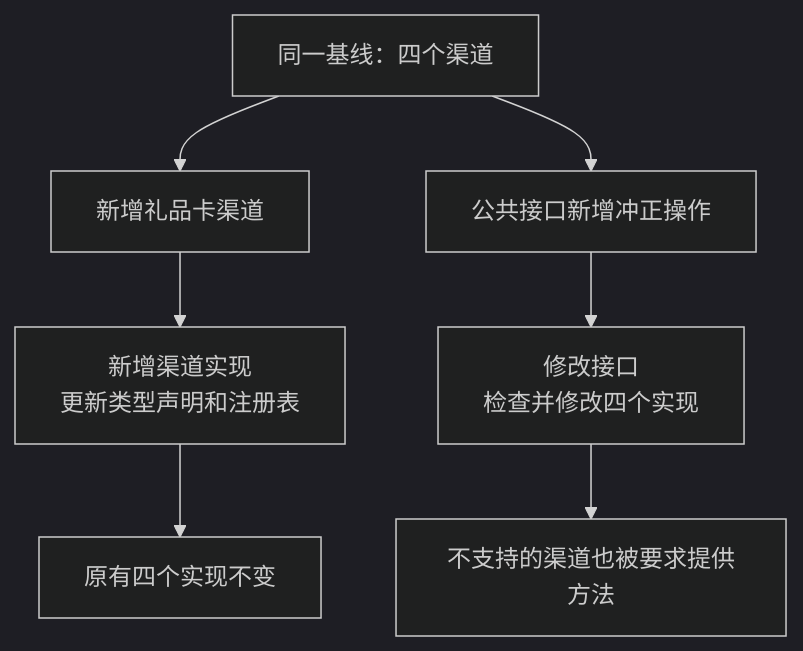
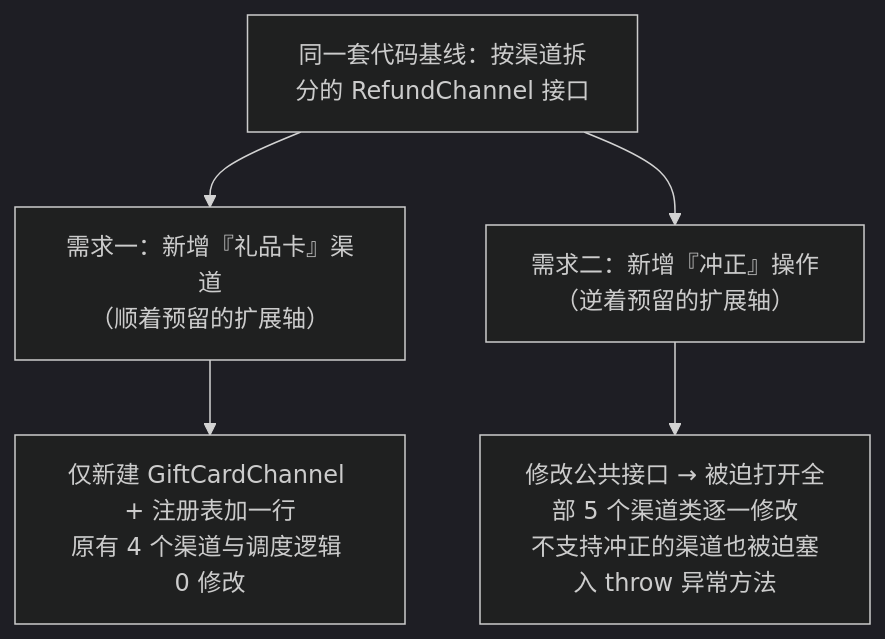
The first of 2 diagrams in src/content/notes/zh/open-closed-only-the-guessed-axis.md (ffzz/blog), drawn with Mermaid (dark theme) before and after one commit. The commit also changed other lines of this file and 16 other files, not shown here.

````diff
--- a/src/content/notes/zh/open-closed-only-the-guessed-axis.md
+++ b/src/content/notes/zh/open-closed-only-the-guessed-axis.md
@@ -90,9 +99,9 @@
 ```mermaid
 flowchart TB
-    A["同一基线：四个渠道"] --> B["新增礼品卡渠道"]
-    A --> C["公共接口新增冲正操作"]
-    B --> D["新增渠道实现<br/>更新类型声明和注册表"]
-    D --> E["原有四个实现不变"]
-    C --> F["修改接口<br/>检查并修改四个实现"]
-    F --> G["不支持的渠道也被要求提供方法"]
+    Base["同一套代码基线：按渠道拆分的 RefundChannel 接口"]
+    Base --> ReqA["需求一：新增『礼品卡』渠道<br/>（顺着预留的扩展轴）"]
+    Base --> ReqB["需求二：新增『冲正』操作<br/>（逆着预留的扩展轴）"]
+
+    ReqA --> ResA["仅新建 GiftCardChannel + 注册表加一行<br/>原有 4 个渠道与调度逻辑 0 修改"]
+    ReqB --> ResB["修改公共接口 → 被迫打开全部 5 个渠道类逐一修改<br/>不支持冲正的渠道也被迫塞入 throw 异常方法"]
 ```
````
